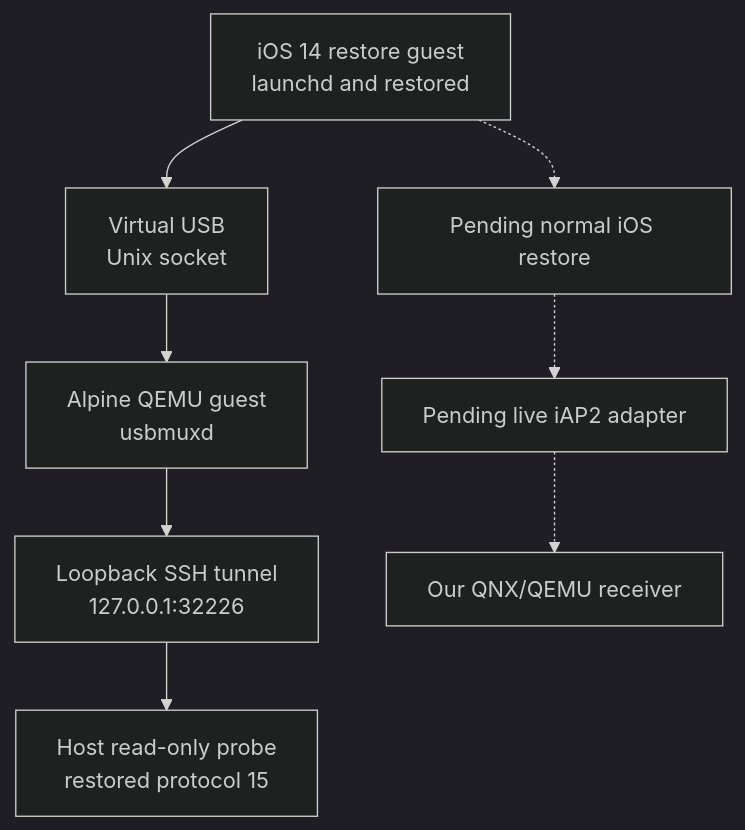
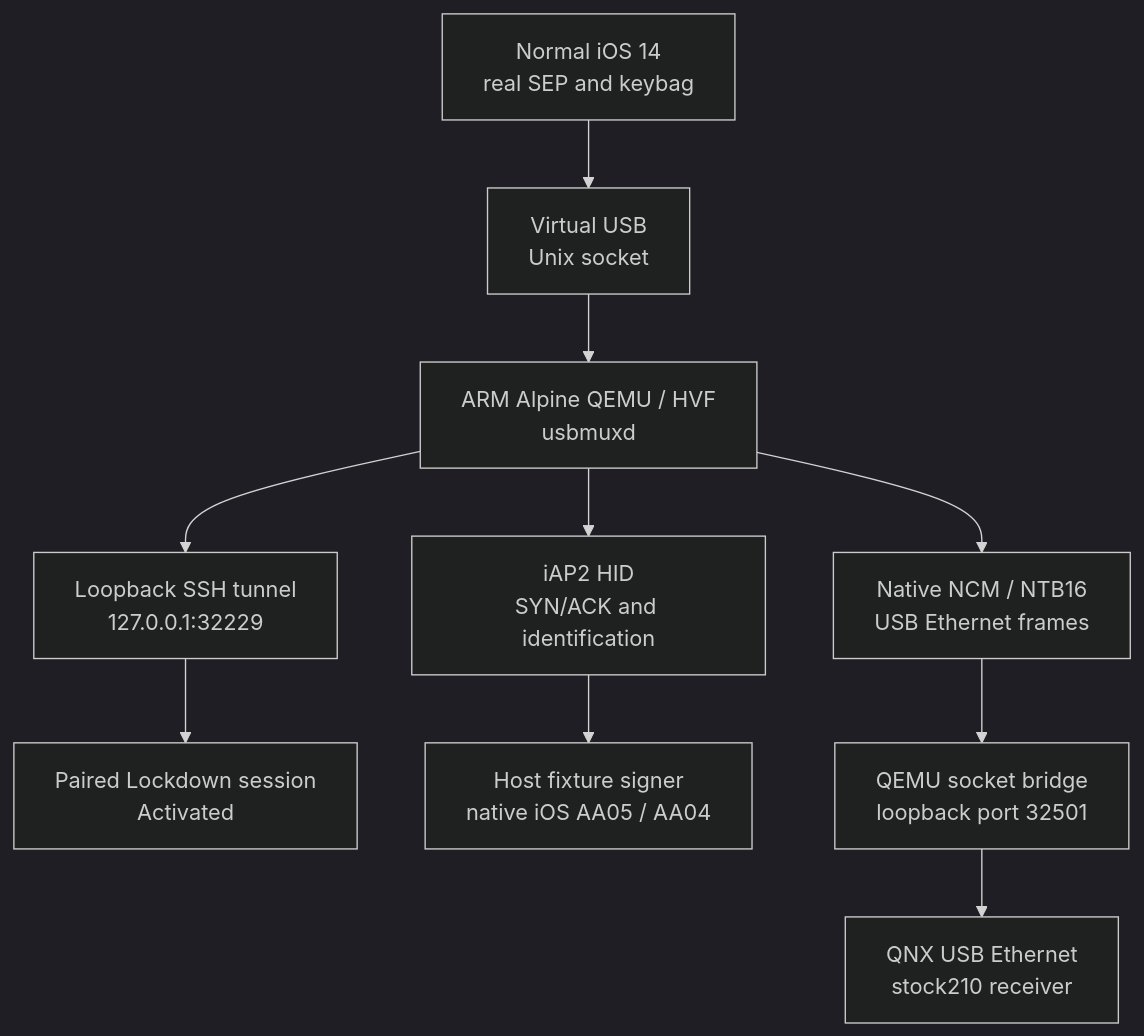
Before and after one commit to luka-dev/mib2q-carplay-rgi: the diagram in docs/wireless-carplay/IOS_VM_LAB.md, drawn with Mermaid (dark theme). The commit also changed other lines of this file and 24 other files, not shown here.

First line of the commit message:
Add native iOS/QNX CarPlay lab with live software MFi-SAP

````diff
--- a/docs/wireless-carplay/IOS_VM_LAB.md
+++ b/docs/wireless-carplay/IOS_VM_LAB.md
@@ -32,12 +51,15 @@
 ```mermaid
 flowchart TD
     accTitle: Virtual iOS Transport Bring Up
-    accDescr: The verified path runs from real iOS restore userspace through a virtual USB connection to Linux usbmuxd and a host read-only probe. Normal iOS, iAP2 and QNX receiver integration are still pending.
-    ios_guest["iOS 14 restore guest<br/>launchd and restored"] --> usb_socket["Virtual USB<br/>Unix socket"]
-    usb_socket --> linux_guest["Alpine QEMU guest<br/>usbmuxd"]
-    linux_guest --> local_tunnel["Loopback SSH tunnel<br/>127.0.0.1:32226"]
-    local_tunnel --> query_probe["Host read-only probe<br/>restored protocol 15"]
-    ios_guest -.-> normal_ios["Pending normal iOS restore"]
-    normal_ios -.-> iap2_bridge["Pending live iAP2 adapter"]
-    iap2_bridge -.-> qnx_guest["Our QNX/QEMU receiver"]
+    accDescr: Restored iOS with real SEP connects through combined virtual USB to separate management, iAP2 and NCM channels. MFi, identification and IP traffic are verified. A direct Ethernet socket bridge reaches the native QNX receiver and its IP stack. Native control and screen transport connections are verified; decoded video remains pending.
+    normal_ios["Normal iOS 14<br/>real SEP and keybag"]
+    normal_ios --> usb_socket["Virtual USB<br/>Unix socket"]
+    usb_socket --> linux_guest["ARM Alpine QEMU / HVF<br/>usbmuxd"]
+    linux_guest --> local_tunnel["Loopback SSH tunnel<br/>127.0.0.1:32229"]
+    local_tunnel --> query_probe["Paired Lockdown session<br/>Activated"]
+    linux_guest --> hid_probe["iAP2 HID<br/>SYN/ACK and identification"]
+    hid_probe --> live_mfi["Host fixture signer<br/>native iOS AA05 / AA04"]
+    linux_guest --> ncm_link["Native NCM / NTB16<br/>USB Ethernet frames"]
+    ncm_link --> ethernet_bridge["QEMU socket bridge<br/>loopback port 32501"]
+    ethernet_bridge --> qnx_guest["QNX USB Ethernet<br/>stock210 receiver"]
 ```
````
